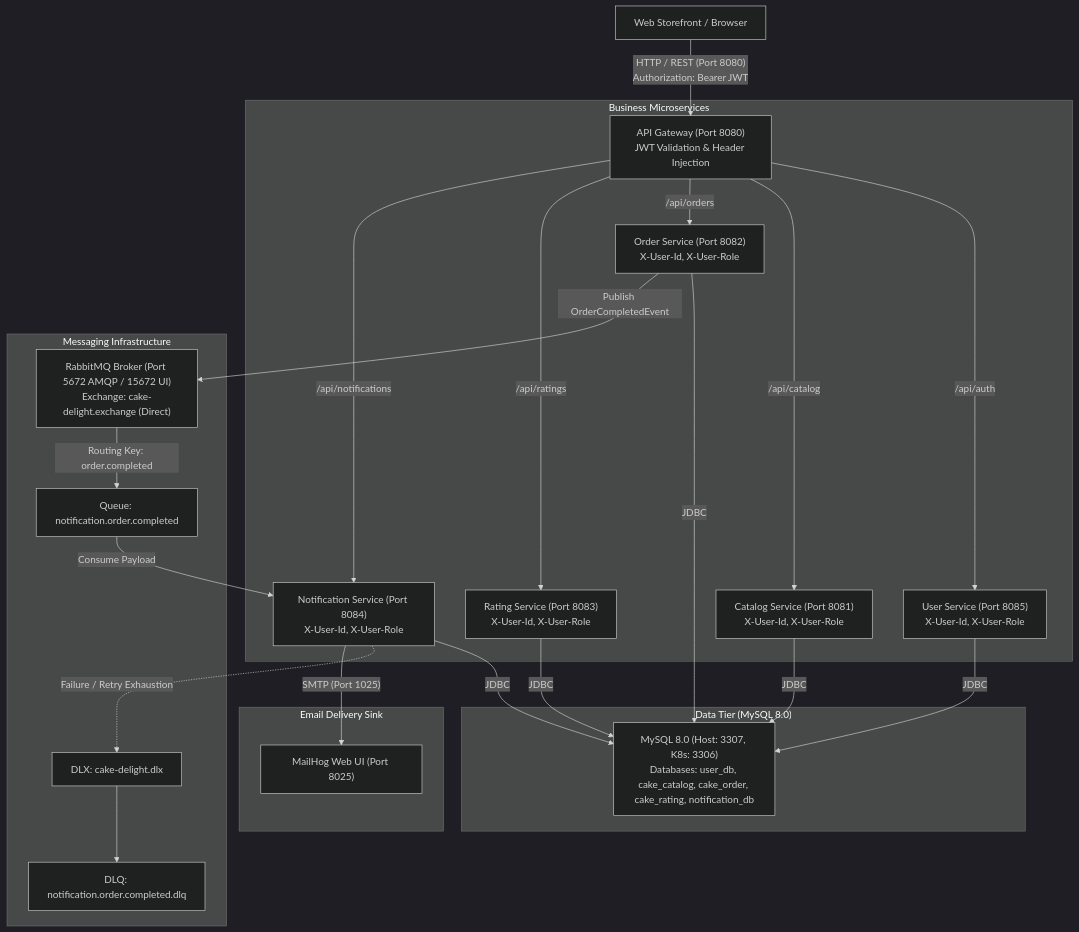
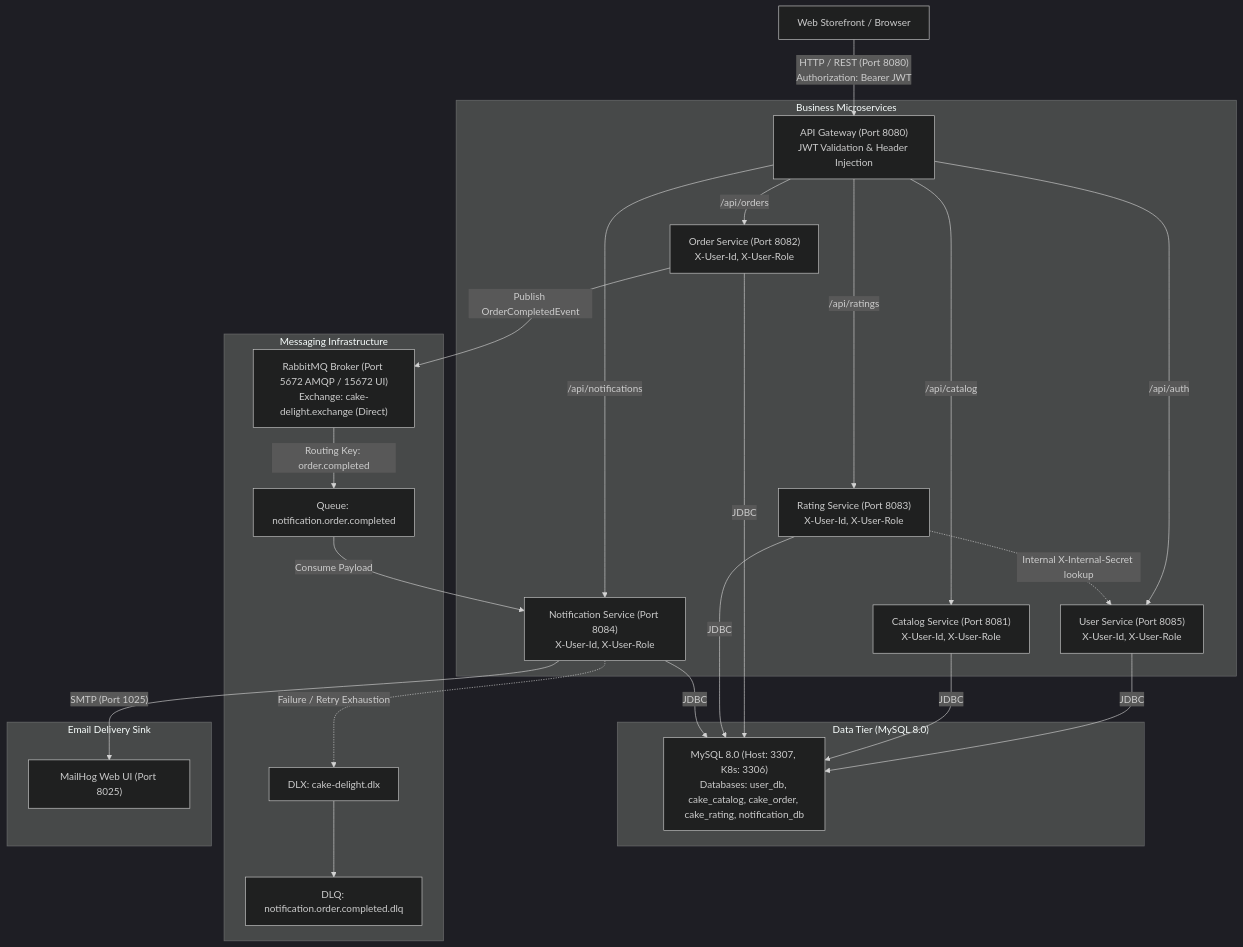
The first of 5 diagrams in docs/architecture.md (prathibha-15/Cake-Delight-), drawn with Mermaid (dark theme) before and after one commit. The commit also changed other lines of this file and 7 other files, not shown here.

````diff
--- a/docs/architecture.md
+++ b/docs/architecture.md
@@ -11,32 +11,33 @@
 ```mermaid
 flowchart TD
     Client["Web Storefront / Browser"] -->|"HTTP / REST (Port 8080)<br/>Authorization: Bearer JWT"| Gateway["API Gateway (Port 8080)<br/>JWT Validation & Header Injection"]
 
     subgraph Business_Microservices["Business Microservices"]
         Gateway -->|"/api/auth"| User["User Service (Port 8085)<br/>X-User-Id, X-User-Role"]
         Gateway -->|"/api/catalog"| Catalog["Catalog Service (Port 8081)<br/>X-User-Id, X-User-Role"]
         Gateway -->|"/api/orders"| Order["Order Service (Port 8082)<br/>X-User-Id, X-User-Role"]
         Gateway -->|"/api/ratings"| Rating["Rating Service (Port 8083)<br/>X-User-Id, X-User-Role"]
         Gateway -->|"/api/notifications"| Notification["Notification Service (Port 8084)<br/>X-User-Id, X-User-Role"]
+        Rating -.->|"Internal X-Internal-Secret lookup"| User
     end
 
     subgraph Data_Tier["Data Tier (MySQL 8.0)"]
         User -->|"JDBC"| MySQL["MySQL 8.0 (Host: 3307, K8s: 3306)<br/>Databases: user_db, cake_catalog, cake_order, cake_rating, notification_db"]
         Catalog -->|"JDBC"| MySQL
         Order -->|"JDBC"| MySQL
         Rating -->|"JDBC"| MySQL
         Notification -->|"JDBC"| MySQL
     end
 
     subgraph Messaging_Infrastructure["Messaging Infrastructure"]
         Order -->|"Publish OrderCompletedEvent"| RabbitMQ["RabbitMQ Broker (Port 5672 AMQP / 15672 UI)<br/>Exchange: cake-delight.exchange (Direct)"]
         RabbitMQ -->|"Routing Key: order.completed"| Queue["Queue: notification.order.completed"]
         Queue -->|"Consume Payload"| Notification
         Notification -.->|"Failure / Retry Exhaustion"| DLX["DLX: cake-delight.dlx"]
         DLX --> DLQ["DLQ: notification.order.completed.dlq"]
     end
 
     subgraph Email_Sink["Email Delivery Sink"]
         Notification -->|"SMTP (Port 1025)"| MailHog["MailHog Web UI (Port 8025)"]
     end
 ```
````
